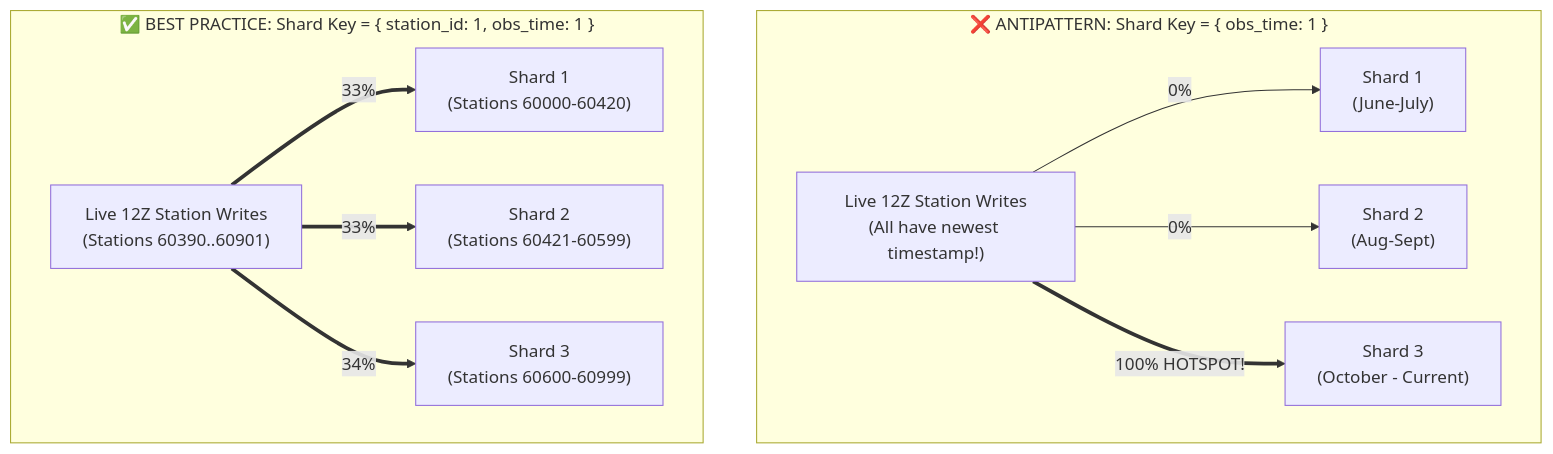
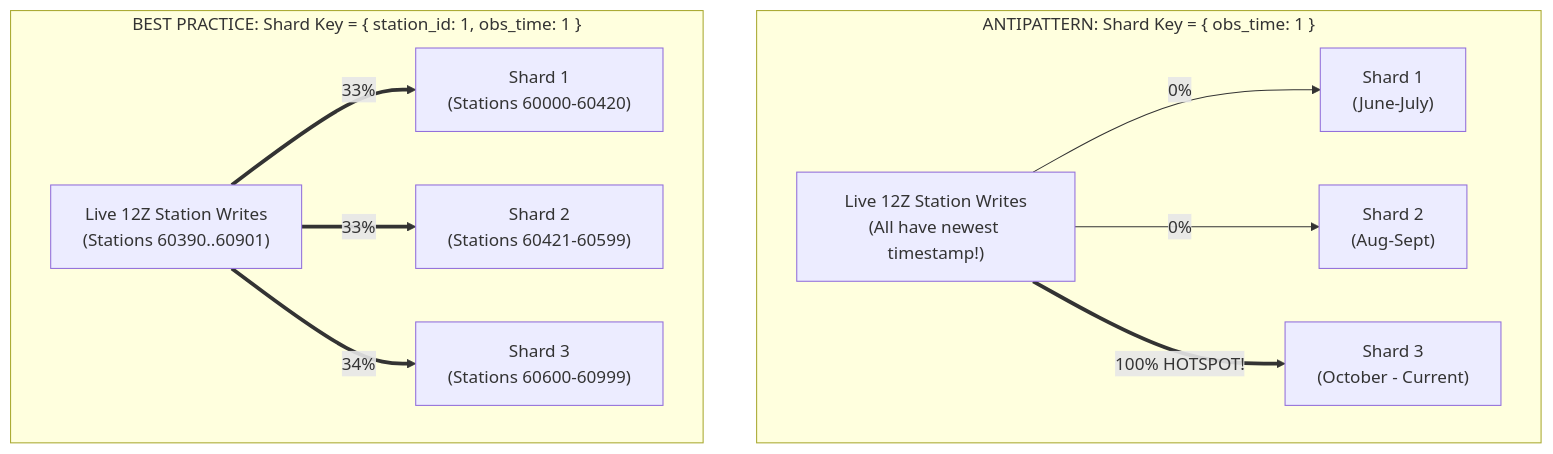
One commit to abdelouahabb/db-bootcamp changed the third of 3 diagrams in day4/day4_master_coursebook.md. Above: the diagram before and after it, drawn with Mermaid. The commit also changed other lines of this file and 44 other files, not shown here.

````diff
--- a/day4/day4_master_coursebook.md
+++ b/day4/day4_master_coursebook.md
@@ -1088,14 +1088,14 @@
 ```mermaid
 flowchart TB
-    subgraph BadSharding["❌ ANTIPATTERN: Shard Key = { obs_time: 1 }"]
+    subgraph BadSharding["ANTIPATTERN: Shard Key = { obs_time: 1 }"]
         W1["Live 12Z Station Writes\n(All have newest timestamp!)"] -->|0%| S1["Shard 1\n(June-July)"]
         W1 -->|0%| S2["Shard 2\n(Aug-Sept)"]
         W1 ==>|100% HOTSPOT!| S3["Shard 3\n(October - Current)"]
     end
 
-    subgraph GoodSharding["✅ BEST PRACTICE: Shard Key = { station_id: 1, obs_time: 1 }"]
+    subgraph GoodSharding["BEST PRACTICE: Shard Key = { station_id: 1, obs_time: 1 }"]
         W2["Live 12Z Station Writes\n(Stations 60390..60901)"] ==>|33%| G1["Shard 1\n(Stations 60000-60420)"]
         W2 ==>|33%| G2["Shard 2\n(Stations 60421-60599)"]
         W2 ==>|34%| G3["Shard 3\n(Stations 60600-60999)"]
     end
 ```
````
